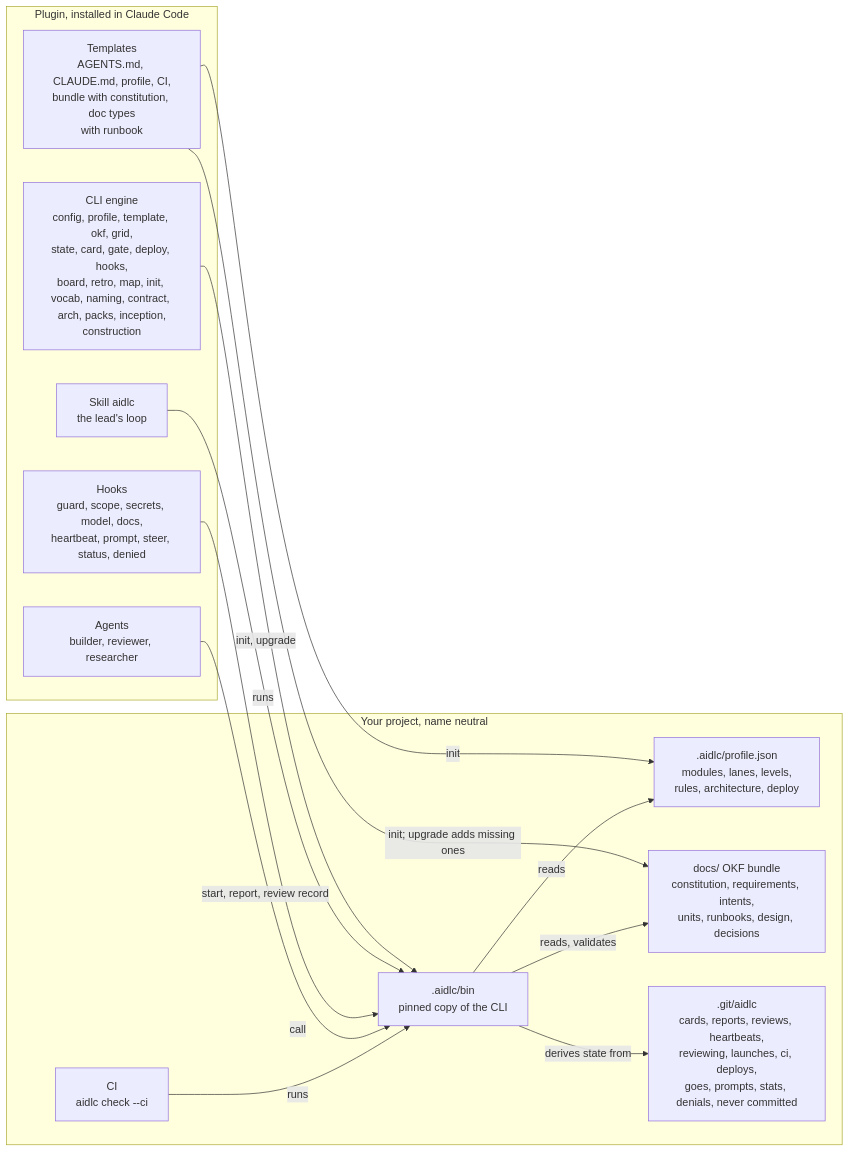
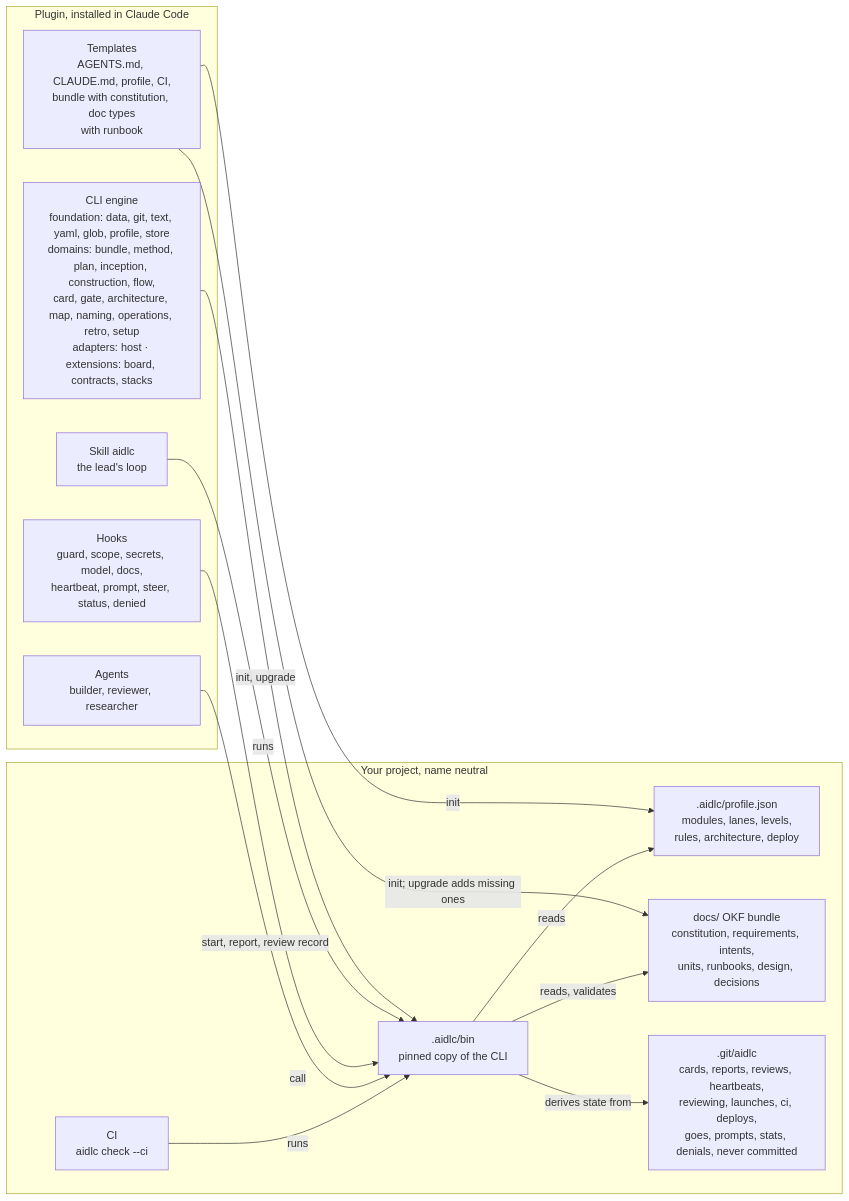
One commit to Scrollout/aidlc-team-plugin changed the second of 2 diagrams in README.md. Above: the diagram before and after it, drawn with Mermaid. The commit also changed 52 other files, not shown here.

````diff
--- a/README.md
+++ b/README.md
@@ -77,29 +77,29 @@
 ```mermaid
 flowchart LR
   subgraph plugin["Plugin, installed in Claude Code"]
     skill["Skill aidlc<br/>the lead's loop"]
     agents["Agents<br/>builder, reviewer, researcher"]
     hooks["Hooks<br/>guard, scope, secrets, model, docs,<br/>heartbeat, prompt, steer, status, denied"]
-    cli["CLI engine<br/>config, profile, template, okf, grid,<br/>state, card, gate, deploy, hooks,<br/>board, retro, map, init, vocab, naming, contract, arch, packs, inception,<br/>construction"]
+    cli["CLI engine<br/>foundation: data, git, text, yaml, glob, profile, store<br/>domains: bundle, method, plan, inception, construction, flow,<br/>card, gate, architecture, map, naming, operations, retro, setup<br/>adapters: host · extensions: board, contracts, stacks"]
     templates["Templates<br/>AGENTS.md, CLAUDE.md, profile, CI,<br/>bundle with constitution, doc types<br/>with runbook"]
   end
 
   subgraph project["Your project, name neutral"]
     profile[".aidlc/profile.json<br/>modules, lanes, levels,<br/>rules, architecture, deploy"]
     bin[".aidlc/bin<br/>pinned copy of the CLI"]
     docs["docs/ OKF bundle<br/>constitution, requirements, intents,<br/>units, runbooks, design, decisions"]
     runtime[".git/aidlc<br/>cards, reports, reviews, heartbeats,<br/>reviewing, launches, ci, deploys,<br/>goes, prompts, stats, denials, never committed"]
     ci["CI<br/>aidlc check --ci"]
   end
 
   templates -- "init" --> profile
   templates -- "init; upgrade adds missing ones" --> docs
   cli -- "init, upgrade" --> bin
   skill -- "runs" --> bin
   hooks -- "call" --> bin
   agents -- "start, report, review record" --> bin
   ci -- "runs" --> bin
   bin -- "reads, validates" --> docs
   bin -- "reads" --> profile
   bin -- "derives state from" --> runtime
 ```
````
